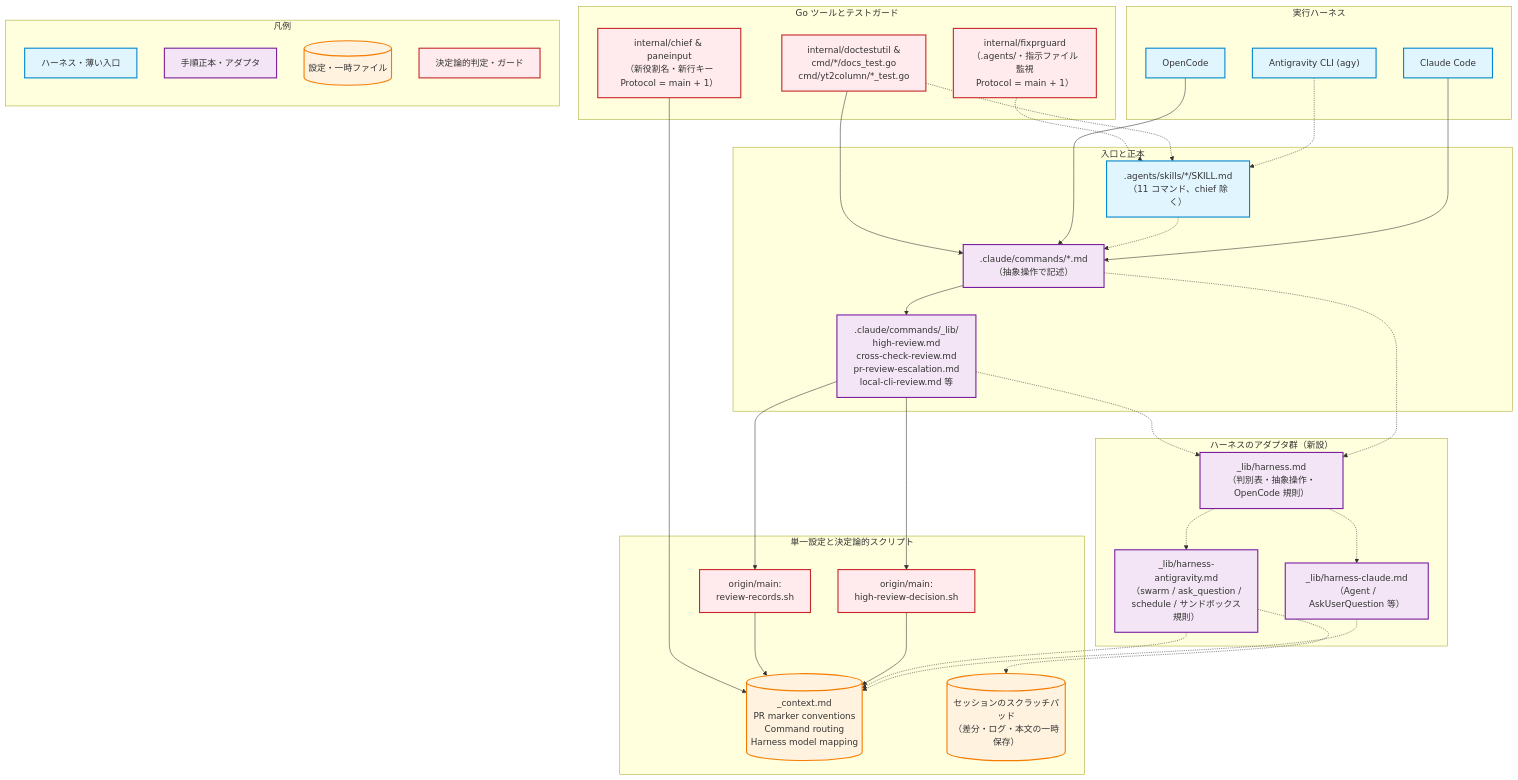
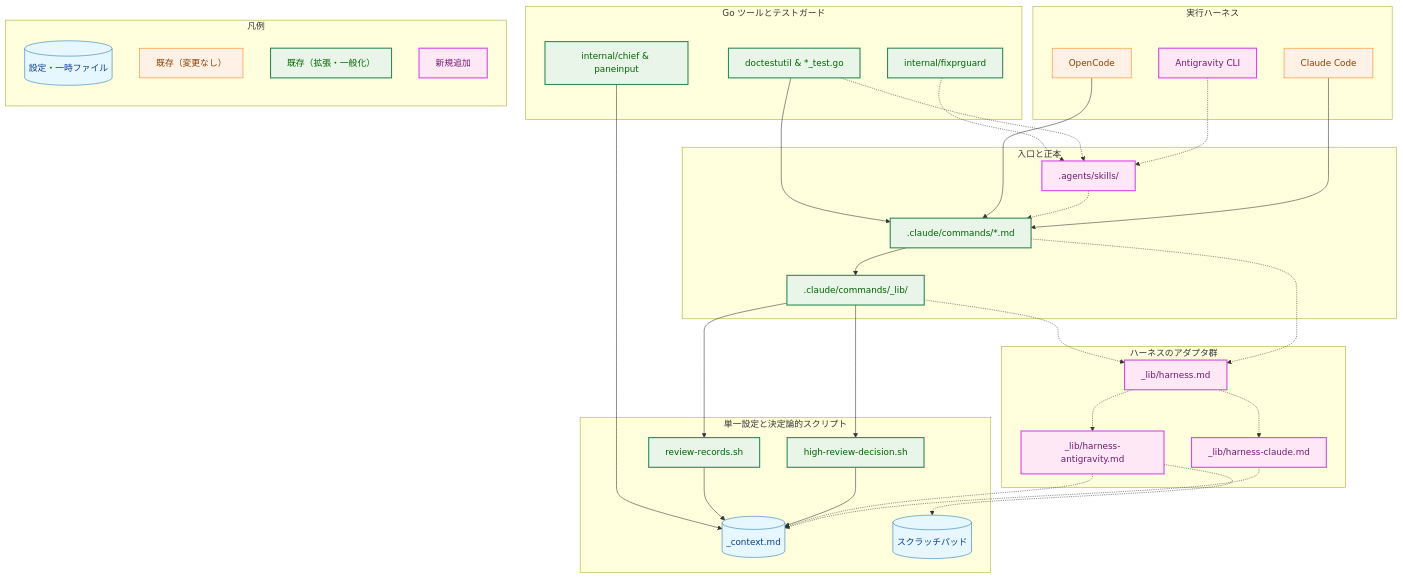
The second of 7 diagrams in docs/tasks/0120_harness_independent_commands/02_architecture.md (isseis/yt2column), drawn with Mermaid before and after one commit. The commit also changed other lines of this file and 2 other files, not shown here.

Commit message:
docs(0120): address panel review and japrose findings

````diff
--- a/docs/tasks/0120_harness_independent_commands/02_architecture.md
+++ b/docs/tasks/0120_harness_independent_commands/02_architecture.md
@@ -147,68 +146,67 @@
 ```mermaid
 flowchart TD
-    classDef entry fill:#e1f5ff,stroke:#0288d1,stroke-width:2px
-    classDef process fill:#f3e5f5,stroke:#7b1fa2,stroke-width:2px
-    classDef store fill:#fff3e0,stroke:#f57c00,stroke-width:2px
-    classDef external fill:#e8f5e9,stroke:#388e3c,stroke-width:2px
-    classDef guard fill:#ffebee,stroke:#c62828,stroke-width:2px
+    classDef data fill:#e6f7ff,stroke:#1f77b4,stroke-width:1px,color:#0b3d91;
+    classDef process fill:#fff1e6,stroke:#ff7f0e,stroke-width:1px,color:#8a3e00;
+    classDef enhanced fill:#e8f5e8,stroke:#2e8b57,stroke-width:2px,color:#006400;
+    classDef newpkg fill:#ffe8f5,stroke:#d946ef,stroke-width:2px,color:#701a75;
 
     subgraph harnesses["実行ハーネス"]
-        hCC["Claude Code"]:::entry
-        hAGY["Antigravity CLI (agy)"]:::entry
-        hOC["OpenCode"]:::entry
+        hCC["Claude Code"]:::process
+        hAGY["Antigravity CLI"]:::newpkg
+        hOC["OpenCode"]:::process
     end
 
     subgraph entryLayer["入口と正本"]
-        agSkills[".agents/skills/*/SKILL.md<br>（11 コマンド、chief 除く）"]:::entry
-        cmdDocs[".claude/commands/*.md<br>（抽象操作で記述）"]:::process
-        sharedLib[".claude/commands/_lib/<br>high-review.md<br>cross-check-review.md<br>pr-review-escalation.md<br>local-cli-review.md 等"]:::process
+        agSkills[".agents/skills/"]:::newpkg
+        cmdDocs[".claude/commands/*.md"]:::enhanced
+        sharedLib[".claude/commands/_lib/"]:::enhanced
     end
 
-    subgraph adapterLayer["ハーネスのアダプタ群（新設）"]
-        hCommon["_lib/harness.md<br>（判別表・抽象操作・OpenCode 規則）"]:::process
-        hClaude["_lib/harness-claude.md<br>（Agent / AskUserQuestion 等）"]:::process
-        hAntig["_lib/harness-antigravity.md<br>（swarm / ask_question /<br>schedule / サンドボックス規則）"]:::process
+    subgraph adapterLayer["ハーネスのアダプタ群"]
+        hCommon["_lib/harness.md"]:::newpkg
+        hClaude["_lib/harness-claude.md"]:::newpkg
+        hAntig["_lib/harness-antigravity.md"]:::newpkg
     end
 
     subgraph configAndScripts["単一設定と決定論的スクリプト"]
-        ctxFile[("_context.md<br>PR marker conventions<br>Command routing<br>Harness model mapping")]:::store
-        shHigh["origin/main:<br>high-review-decision.sh"]:::guard
-        shRec["origin/main:<br>review-records.sh"]:::guard
-        scratch[("セッションのスクラッチパッド<br>（差分・ログ・本文の一時保存）")]:::store
+        ctxFile[("_context.md")]:::data
+        shHigh["high-review-decision.sh"]:::enhanced
+        shRec["review-records.sh"]:::enhanced
+        scratch[("スクラッチパッド")]:::data
     end
 
     subgraph goTools["Go ツールとテストガード"]
-        fixpr["internal/fixprguard<br>（.agents/・指示ファイル監視<br>Protocol = main + 1）"]:::guard
-        chief["internal/chief & paneinput<br>（新役割名・新行キー<br>Protocol = main + 1）"]:::guard
-        docGuard["internal/doctestutil &<br>cmd/*/docs_test.go<br>cmd/yt2column/*_test.go"]:::guard
+        fixpr["internal/fixprguard"]:::enhanced
+        chief["internal/chief & paneinput"]:::enhanced
+        docGuard["doctestutil & *_test.go"]:::enhanced
     end
 
     hCC --> cmdDocs
     hAGY -.-> agSkills
     agSkills -.-> cmdDocs
     hOC --> cmdDocs
     cmdDocs --> sharedLib
     cmdDocs -.-> hCommon
     sharedLib -.-> hCommon
     hCommon -.-> hClaude
     hCommon -.-> hAntig
     hClaude -.-> ctxFile
     hAntig -.-> ctxFile
     hAntig -.-> scratch
     sharedLib --> shHigh
     sharedLib --> shRec
     shHigh --> ctxFile
     shRec --> ctxFile
     chief --> ctxFile
     docGuard --> cmdDocs
     docGuard -.-> agSkills
     fixpr -.-> agSkills
 
     subgraph legend["凡例"]
         direction TB
-        lg1["ハーネス・薄い入口"]:::entry
-        lg2["手順正本・アダプタ"]:::process
-        lg3[("設定・一時ファイル")]:::store
-        lg4["決定論的判定・ガード"]:::guard
+        lg1[("設定・一時ファイル")]:::data
+        lg2["既存（変更なし）"]:::process
+        lg3["既存（拡張・一般化）"]:::enhanced
+        lg4["新規追加"]:::newpkg
     end
 ```
````
